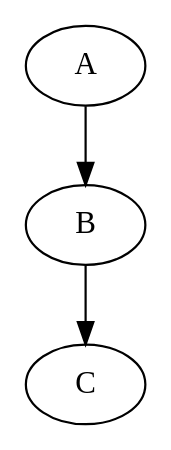
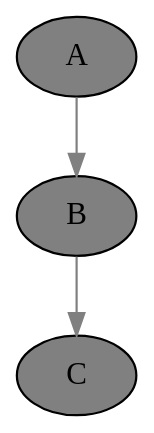
One commit to sswam/allemande changed the second of 2 diagrams in doc/nsfw/nsfw.md. Above: the diagram before and after it, drawn with Graphviz. The commit also changed other lines of this file and 1 other file, not shown here.

````diff
--- a/doc/nsfw/nsfw.md
+++ b/doc/nsfw/nsfw.md
@@ -152,6 +159,9 @@
 ```dot
 digraph G {
+    bgcolor="transparent"
+    node [style=filled, fillcolor="#808080"]
+    edge [color="#808080"]
     A -> B;
     B -> C;
 }
 ```
````
